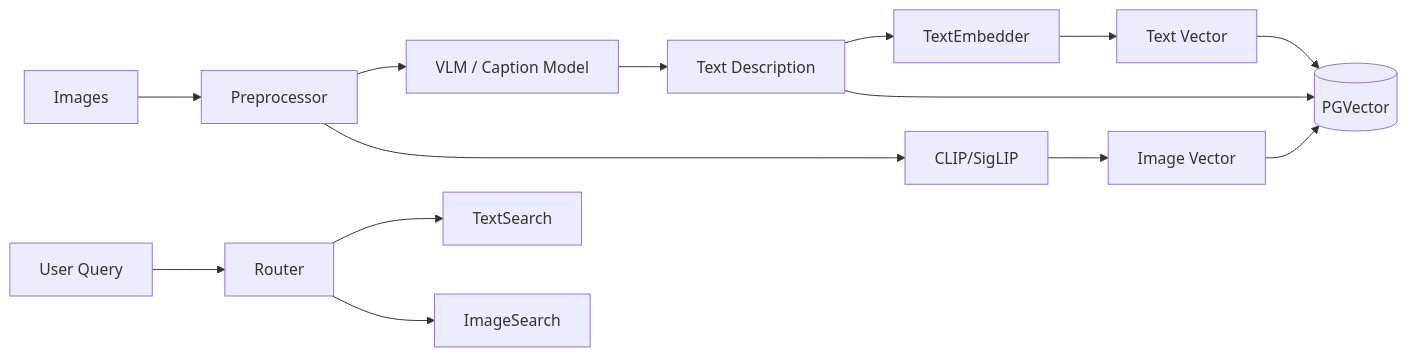
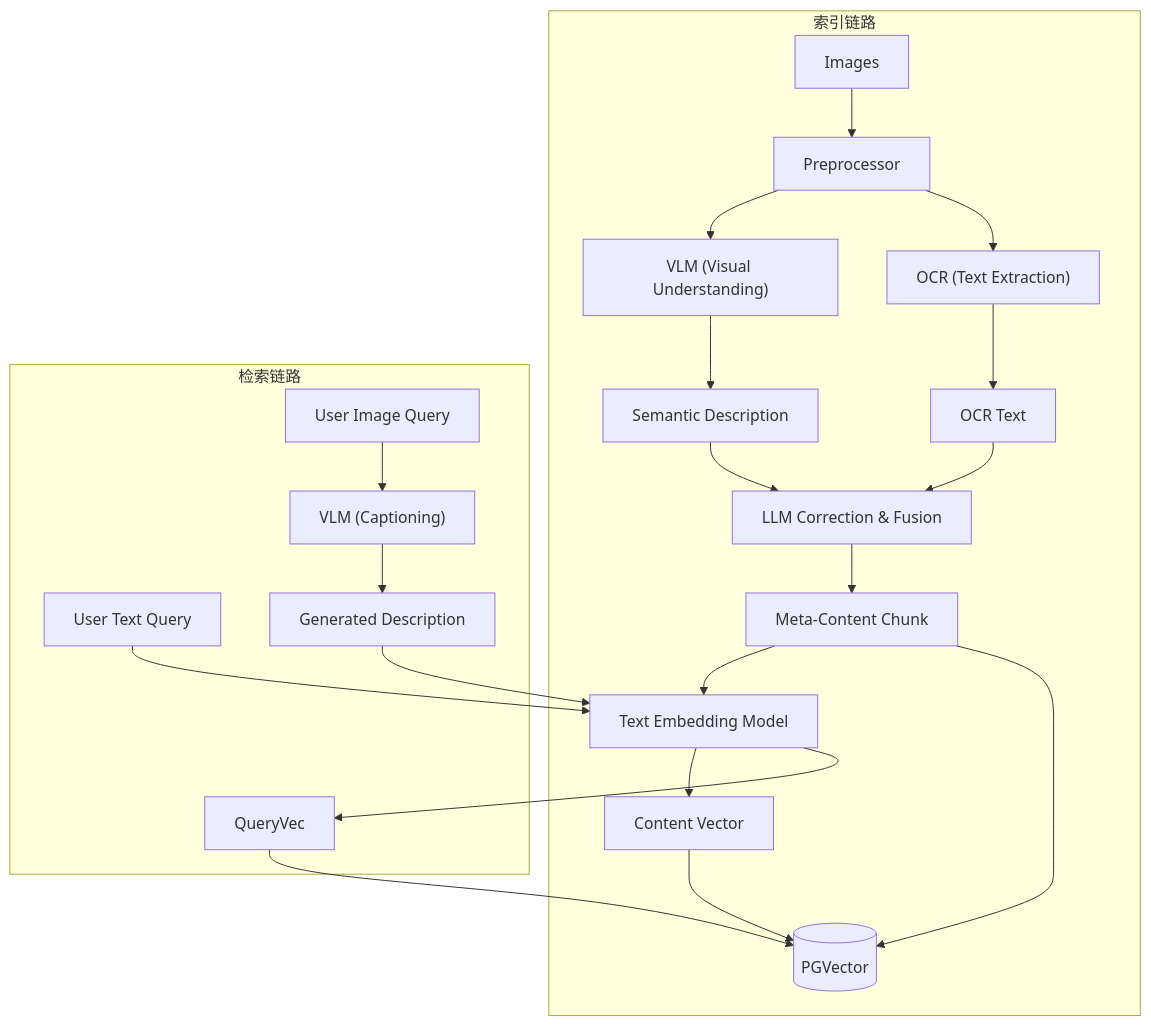
Before and after one commit to otoTree/AgentOS: the diagram in docs/rag/image/spec.md, drawn with Mermaid. The commit also changed other lines of this file and 9 other files, not shown here.

````diff
--- a/docs/rag/image/spec.md
+++ b/docs/rag/image/spec.md
@@ -9,19 +11,32 @@
 ```mermaid
-graph LR
-    Input[Images] --> Preprocessor
-    Preprocessor --> Captioner["VLM / Caption Model"]
-    Preprocessor --> VisionEncoder["CLIP/SigLIP"]
-    
-    Captioner --> TextDesc[Text Description]
-    TextDesc --> TextEmbedder
-    VisionEncoder --> ImageVec[Image Vector]
-    TextEmbedder --> TextVec[Text Vector]
-    
-    ImageVec --> VectorDB
-    TextVec --> VectorDB
-    TextDesc --> VectorDB[(PGVector)]
-    
-    Query[User Query] --> Router
-    Router --> TextSearch
-    Router --> ImageSearch
+graph TD
+    subgraph Indexing [索引链路]
+        Input[Images] --> Preprocessor
+        Preprocessor --> VLM["VLM (Visual Understanding)"]
+        Preprocessor --> OCR["OCR (Text Extraction)"]
+        
+        VLM --> SemanticInfo[Semantic Description]
+        OCR --> RawText[OCR Text]
+        
+        SemanticInfo --> LLM[LLM Correction & Fusion]
+        RawText --> LLM
+        
+        LLM --> FinalChunk[Meta-Content Chunk]
+        FinalChunk --> TextEmbedder[Text Embedding Model]
+        TextEmbedder --> Vector[Content Vector]
+        
+        Vector --> VectorDB[(PGVector)]
+        FinalChunk --> VectorDB
+    end
+
+    subgraph Retrieval [检索链路]
+        QueryText[User Text Query] --> TextEmbedder
+        
+        QueryImage[User Image Query] --> VLM_Query["VLM (Captioning)"]
+        VLM_Query --> QueryGeneratedText[Generated Description]
+        QueryGeneratedText --> TextEmbedder
+        
+        TextEmbedder --> QueryVec
+        QueryVec --> VectorDB
+    end
 ```
````
